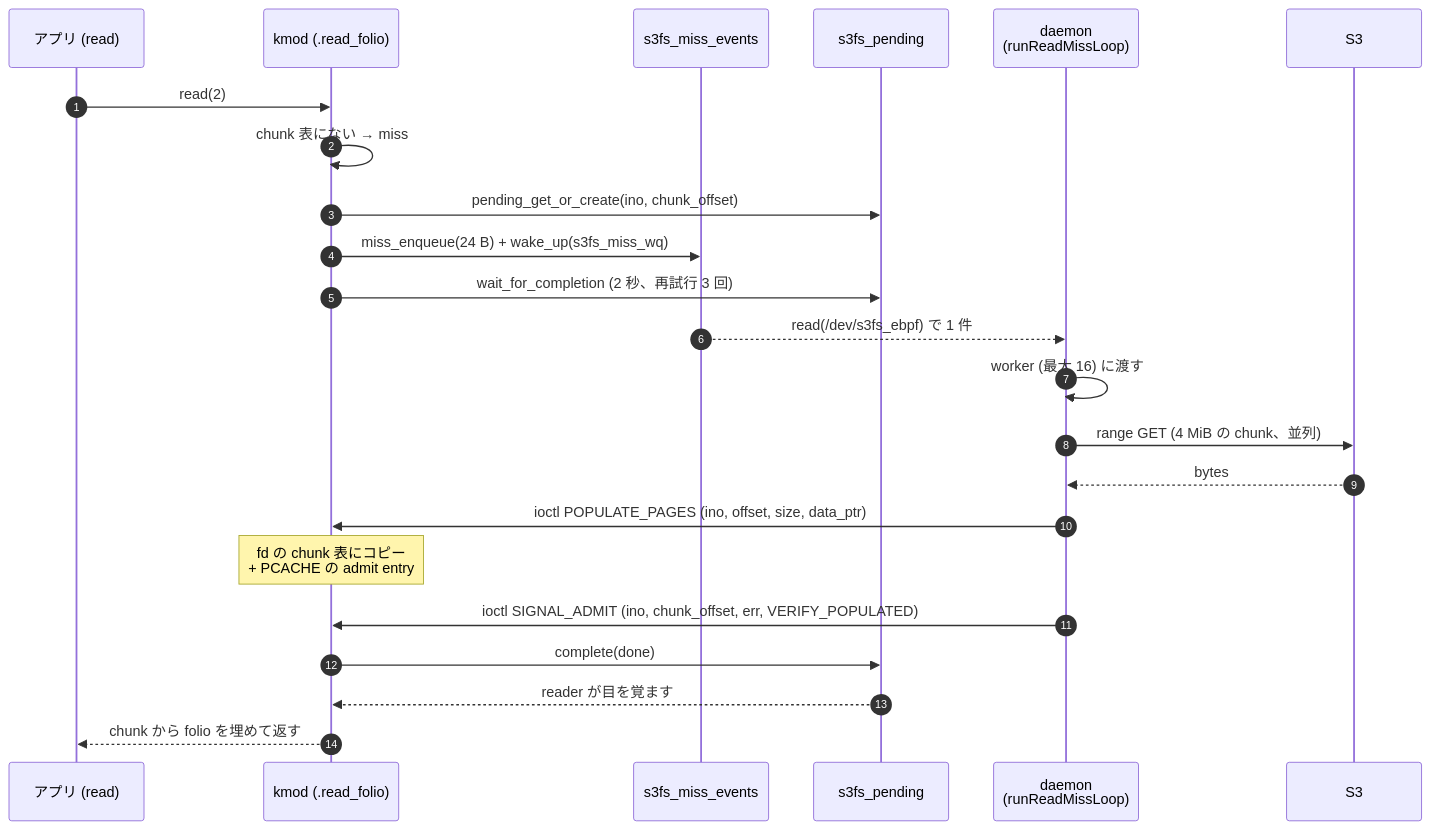
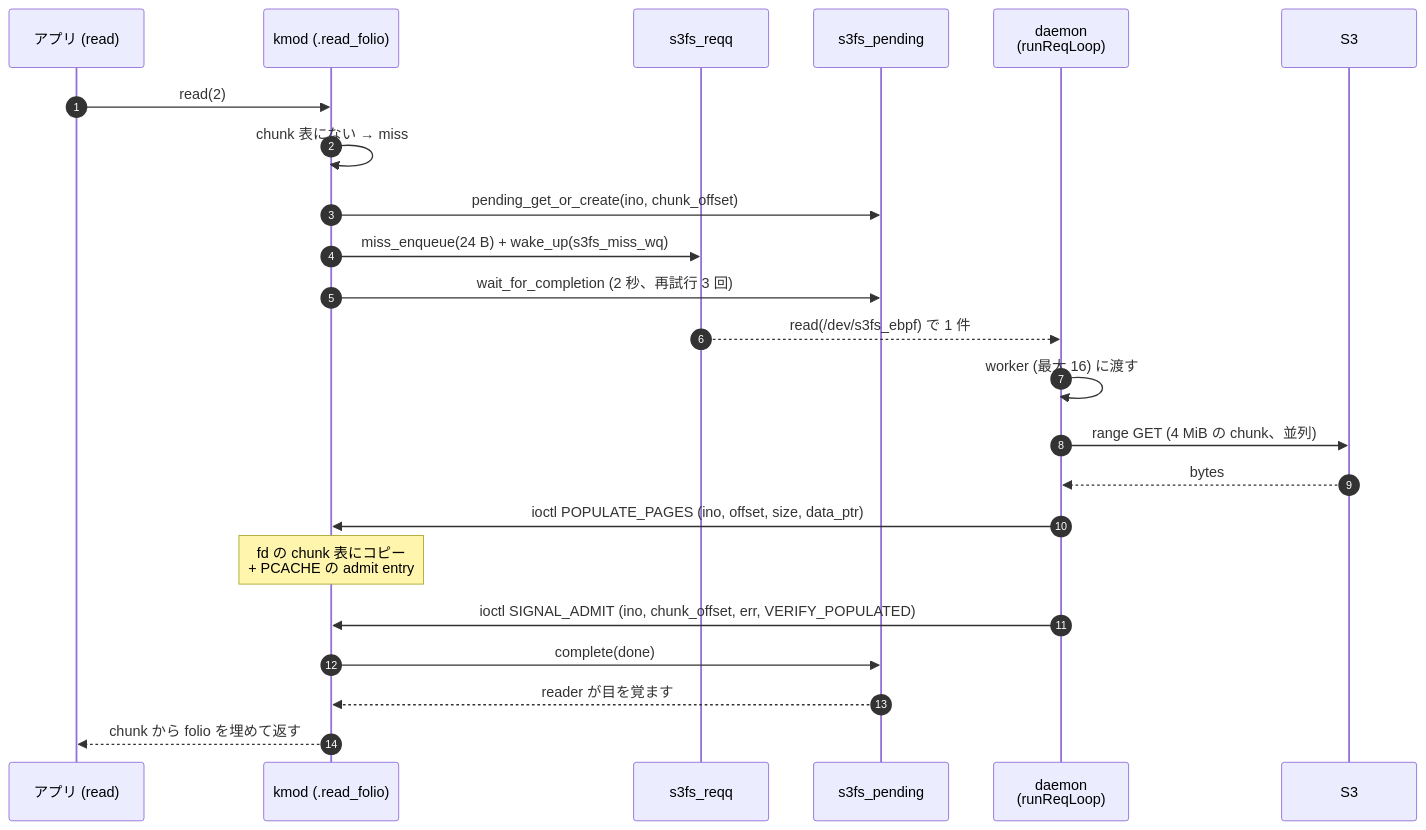
One commit to masu-mi/s3fs-ebpf changed the second of 5 diagrams in docs/design/daemon-kmod-messaging.md. Above: the diagram before and after it, drawn with Mermaid. The commit also changed other lines of this file and 26 other files, not shown here.

First line of the commit message:
v2 Phase 4 (part 2): one request queue (reqq) and one read(2) port for miss / flush / delete / rename

````diff
--- a/docs/design/daemon-kmod-messaging.md
+++ b/docs/design/daemon-kmod-messaging.md
@@ -112,26 +105,26 @@
 ```mermaid
 sequenceDiagram
     autonumber
     participant App as アプリ (read)
     participant K as kmod (.read_folio)
-    participant ME as s3fs_miss_events
+    participant ME as s3fs_reqq
     participant PD as s3fs_pending
-    participant D as daemon<br/>(runReadMissLoop)
+    participant D as daemon<br/>(runReqLoop)
     participant S3 as S3
 
     App->>K: read(2)
     K->>K: chunk 表にない → miss
     K->>PD: pending_get_or_create(ino, chunk_offset)
     K->>ME: miss_enqueue(24 B) + wake_up(s3fs_miss_wq)
     K->>PD: wait_for_completion (2 秒、再試行 3 回)
     ME-->>D: read(/dev/s3fs_ebpf) で 1 件
     D->>D: worker (最大 16) に渡す
     D->>S3: range GET (4 MiB の chunk、並列)
     S3-->>D: bytes
     D->>K: ioctl POPULATE_PAGES (ino, offset, size, data_ptr)
     Note over K: fd の chunk 表にコピー<br/>+ PCACHE の admit entry
     D->>K: ioctl SIGNAL_ADMIT (ino, chunk_offset, err, VERIFY_POPULATED)
     K->>PD: complete(done)
     PD-->>K: reader が目を覚ます
     K-->>App: chunk から folio を埋めて返す
 ```
````
